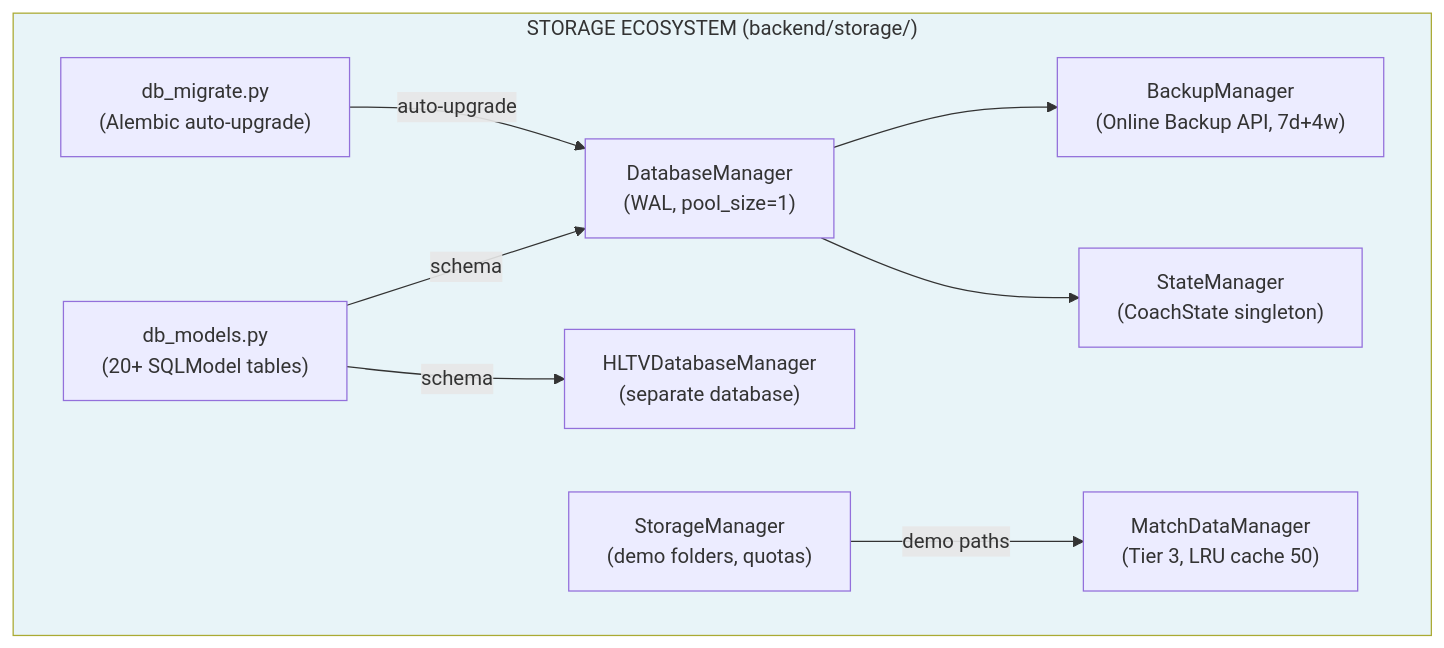
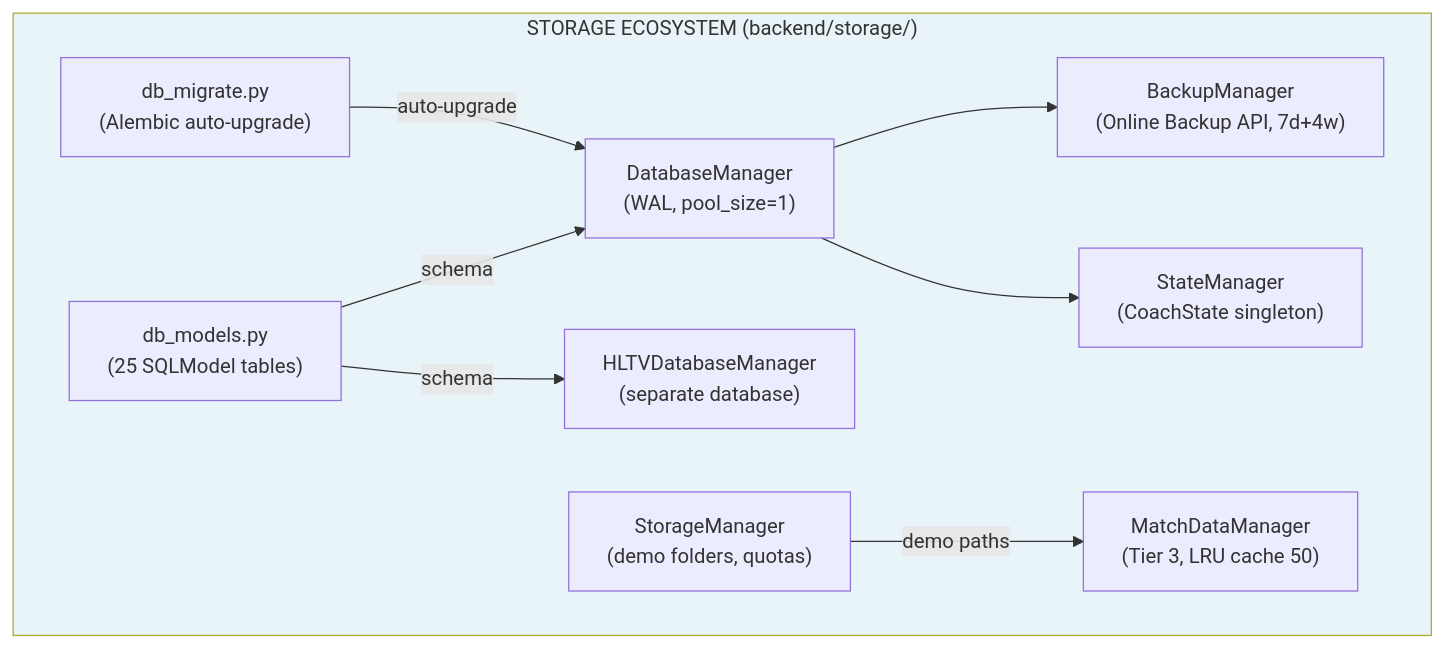
One commit to renanaugustomacena-ux/Counter-Strike-coach-AI changed diagram 42 of 49 in docs/books/Book-Coach-2-en.md. Above: the diagram before and after it, drawn with Mermaid. The commit also changed other lines of this file and 36 other files, not shown here.

````diff
--- a/docs/books/Book-Coach-2-en.md
+++ b/docs/books/Book-Coach-2-en.md
@@ -2112,21 +2145,21 @@
 ```mermaid
 flowchart TB
     subgraph STORAGE["STORAGE ECOSYSTEM (backend/storage/)"]
         DBM["DatabaseManager<br/>(WAL, pool_size=1)"]
         HLTV_DBM["HLTVDatabaseManager<br/>(separate database)"]
         MDM["MatchDataManager<br/>(Tier 3, LRU cache 50)"]
         BM["BackupManager<br/>(Online Backup API, 7d+4w)"]
         SM["StorageManager<br/>(demo folders, quotas)"]
         STM["StateManager<br/>(CoachState singleton)"]
-        MODELS["db_models.py<br/>(20+ SQLModel tables)"]
+        MODELS["db_models.py<br/>(25 SQLModel tables)"]
         MIG["db_migrate.py<br/>(Alembic auto-upgrade)"]
     end
     MODELS -->|"schema"| DBM
     MODELS -->|"schema"| HLTV_DBM
     DBM --> BM
     DBM --> STM
     MIG -->|"auto-upgrade"| DBM
     SM -->|"demo paths"| MDM
 
     style STORAGE fill:#e8f4f8
 ```
````
